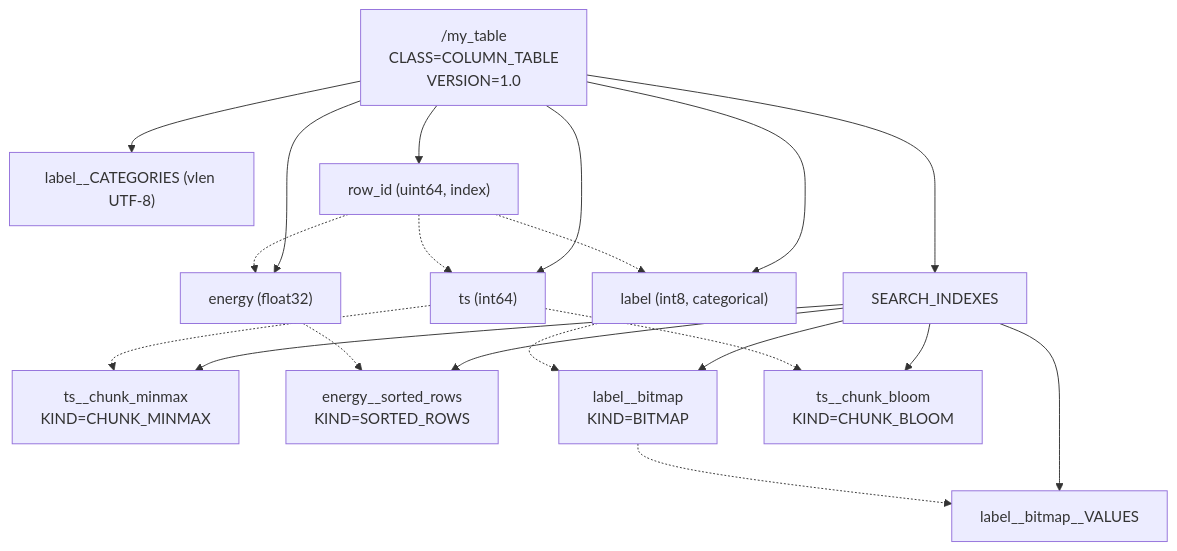
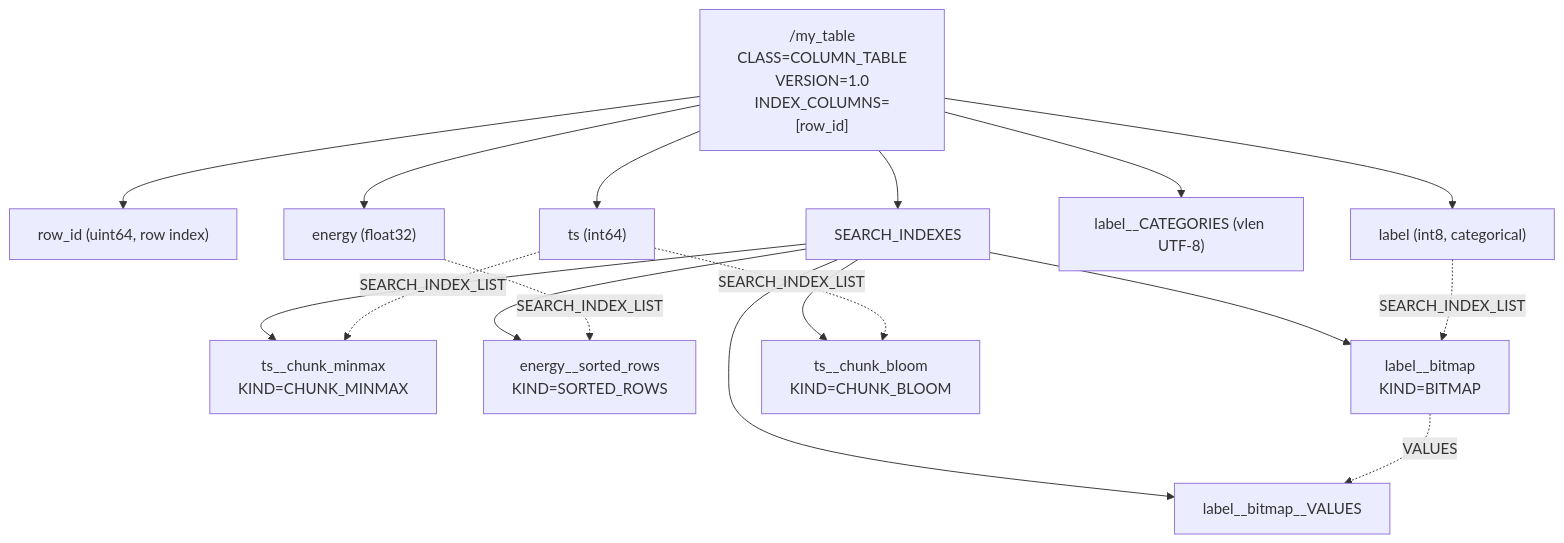
One commit to HDFAlliance/heps changed the eighth of 8 diagrams in HEP001/index.md. Above: the diagram before and after it, drawn with Mermaid. The commit also changed other lines of this file, not shown here.

````diff
--- a/HEP001/index.md
+++ b/HEP001/index.md
@@ -1261,23 +1284,20 @@
 ```{mermaid}
 graph TD
-  TG["/my_table<br/>CLASS=COLUMN_TABLE<br/>VERSION=1.0"]
+  TG["/my_table<br/>CLASS=COLUMN_TABLE<br/>VERSION=1.0<br/>INDEX_COLUMNS=[row_id]"]
+  TG --> ri["row_id (uint64, row index)"]
   TG --> ts["ts (int64)"]
   TG --> en["energy (float32)"]
   TG --> lb["label (int8, categorical)"]
   TG --> lc["label__CATEGORIES (vlen UTF-8)"]
-  TG --> ri["row_id (uint64, index)"]
   TG --> SI["SEARCH_INDEXES"]
   SI --> mm["ts__chunk_minmax<br/>KIND=CHUNK_MINMAX"]
   SI --> sr["energy__sorted_rows<br/>KIND=SORTED_ROWS"]
   SI --> bm["label__bitmap<br/>KIND=BITMAP"]
   SI --> bv["label__bitmap__VALUES"]
   SI --> bf["ts__chunk_bloom<br/>KIND=CHUNK_BLOOM"]
-  ts -.-> mm
-  ts -.-> bf
-  en -.-> sr
-  lb -.-> bm
-  bm -.-> bv
-  ri -.-> ts
-  ri -.-> en
-  ri -.-> lb
+  ts -.->|"SEARCH_INDEX_LIST"| mm
+  ts -.->|"SEARCH_INDEX_LIST"| bf
+  en -.->|"SEARCH_INDEX_LIST"| sr
+  lb -.->|"SEARCH_INDEX_LIST"| bm
+  bm -.->|"VALUES"| bv
 ```
````
